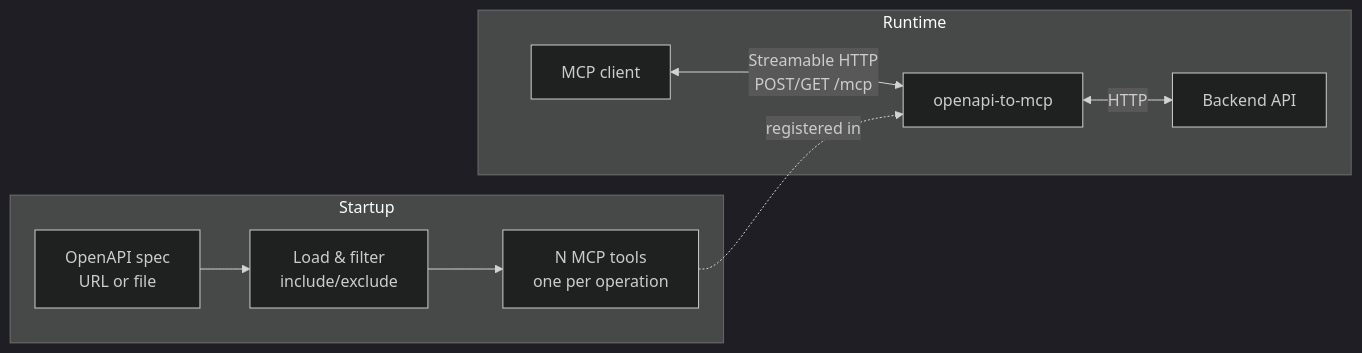
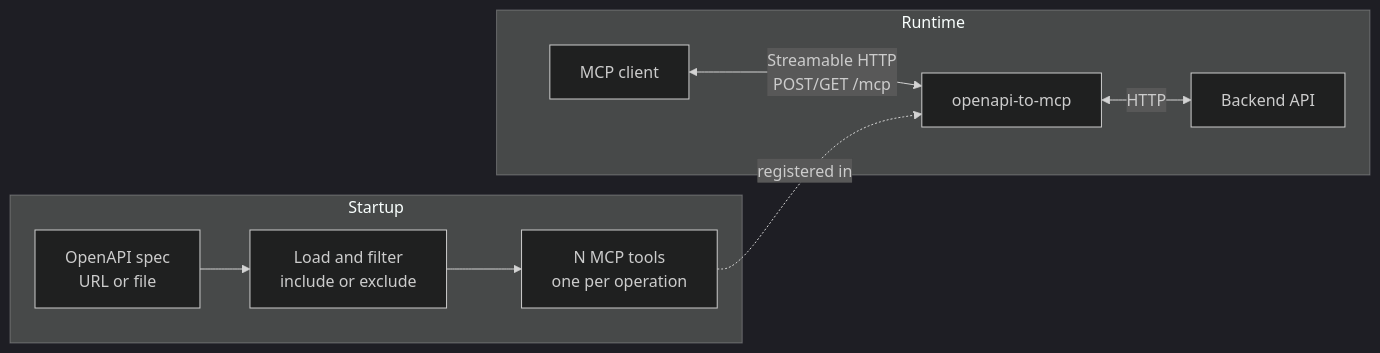
One commit to EvilFreelancer/openapi-to-mcp changed the diagram in README.md. Above: the diagram before and after it, drawn with Mermaid (dark theme).

Commit message:
Schema fix

````diff
--- a/README.md
+++ b/README.md
@@ -9,14 +9,14 @@
 ```mermaid
 flowchart LR
   subgraph startup["Startup"]
-    A[OpenAPI spec\nURL or file] --> B[Load & filter\ninclude/exclude]
-    B --> C[N MCP tools\none per operation]
+    A[OpenAPI spec<br/>URL or file] --> B[Load and filter<br/>include or exclude]
+    B --> C[N MCP tools<br/>one per operation]
   end
 
   subgraph runtime["Runtime"]
-    D[MCP client] <-->|Streamable HTTP\nPOST/GET /mcp| E[openapi-to-mcp]
+    D[MCP client] <-->|Streamable HTTP<br/>POST/GET /mcp| E[openapi-to-mcp]
     E <-->|HTTP| F[Backend API]
   end
 
   C -.->|registered in| E
 ```
````
